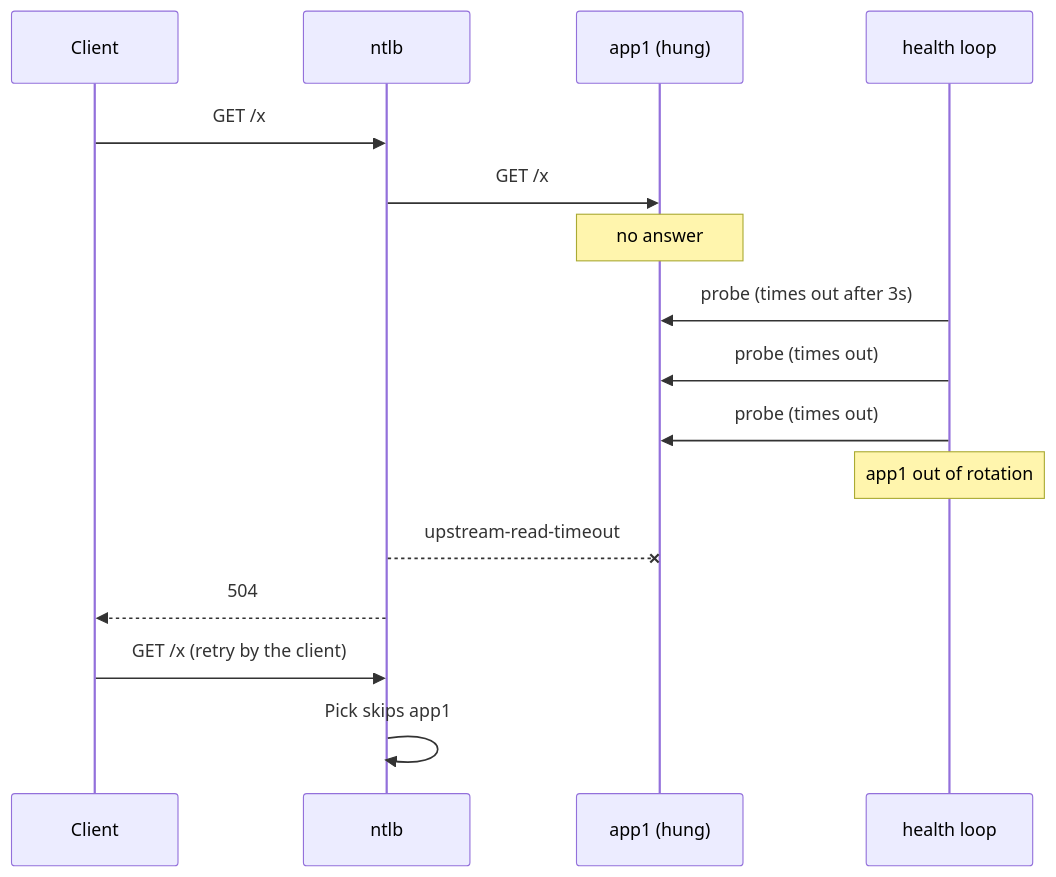
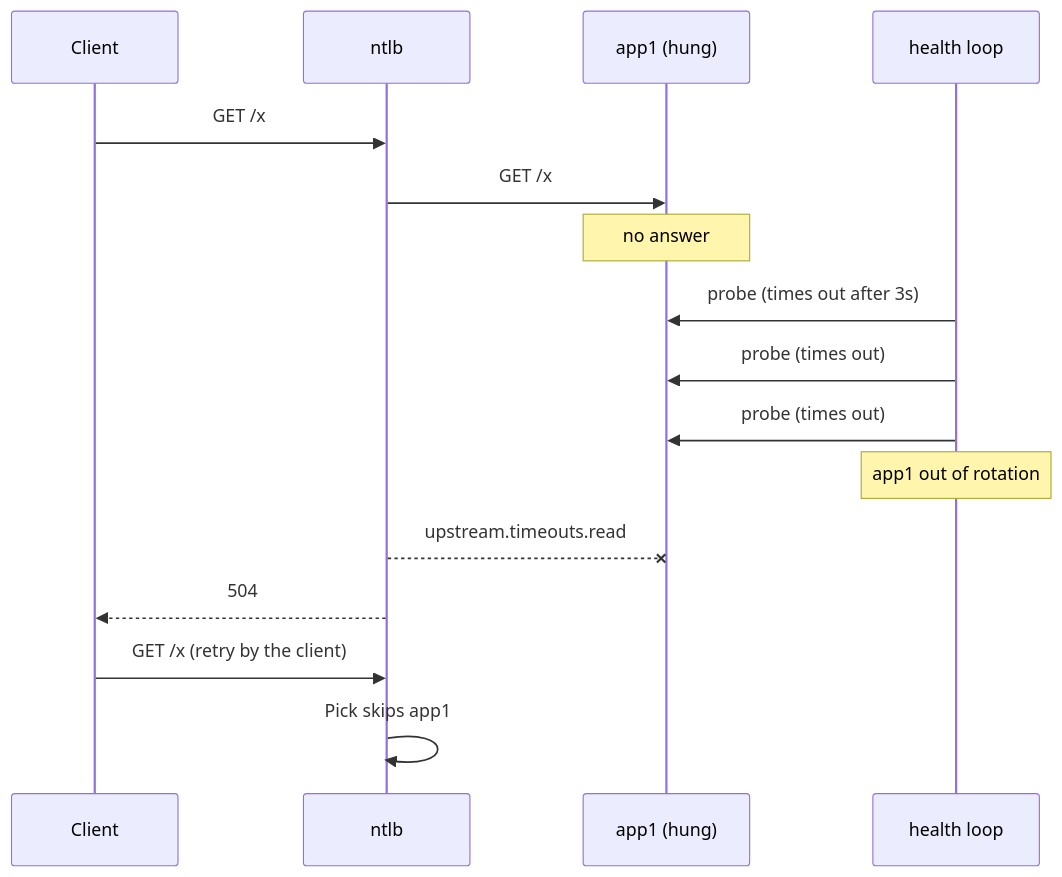
Before and after one commit to binwiederhier/ntlb: diagram 13 of 16 in docs/architecture.md, drawn with Mermaid. The commit also changed other lines of this file and 29 other files, not shown here.

````diff
--- a/docs/architecture.md
+++ b/docs/architecture.md
@@ -421,18 +421,18 @@
 ```mermaid
 sequenceDiagram
     participant C as Client
     participant LB as ntlb
     participant A as app1 (hung)
     participant H as health loop
     C->>LB: GET /x
     LB->>A: GET /x
     Note over A: no answer
     H->>A: probe (times out after 3s)
     H->>A: probe (times out)
     H->>A: probe (times out)
     Note over H: app1 out of rotation
-    LB--xA: upstream-read-timeout
+    LB--xA: upstream.timeouts.read
     LB-->>C: 504
     C->>LB: GET /x (retry by the client)
     LB->>LB: Pick skips app1
 ```
````
